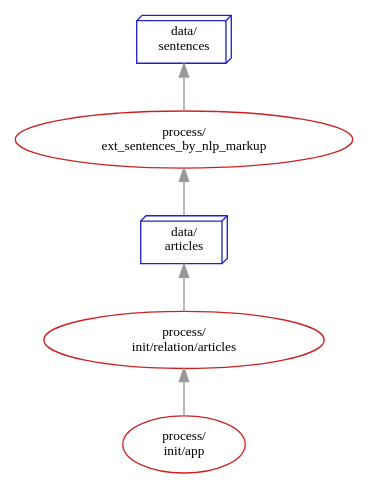
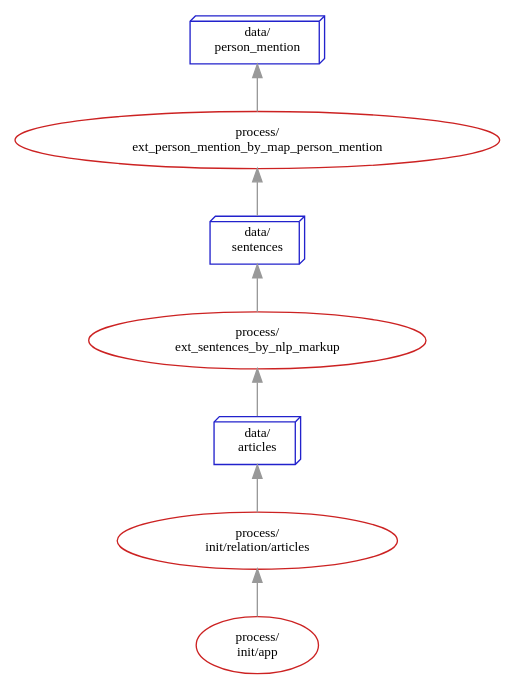
One commit to USCDataScience/PlanetaryIR changed the diagram in app/planetaryIR/run/dataflow.dot. Above: the diagram before and after it, drawn with Graphviz. The commit also changed 226 other files, not shown here.

```diff
--- a/app/planetaryIR/run/dataflow.dot
+++ b/app/planetaryIR/run/dataflow.dot
@@ -1,57 +1,77 @@
 
 digraph "planetaryIR data flow" {
     graph[rankdir=BT  # bottom-to-top drawing (or RL/right-to-left may also make sense)
     ];
     node [shape=box
          ,style=dotted
          ,fontsize=10
          ,fontname="Ubuntu Mono,Envy Code R,Oxygen Mono,Consolas,Menlo,Monaco,Andale Mono"
     ];
     edge [color="#999999"];
 
 
 "process/
 init/app" [shape=ellipse  color="#cc2222" style=solid];
 
 "process/
 init/relation/articles" [shape=ellipse  color="#cc2222" style=solid];
 
 "process/
 init/app" -> "process/
 init/relation/articles" [
 label=""
 
 ];
 
 "process/
+ext_person_mention_by_map_person_mention" [shape=ellipse  color="#cc2222" style=solid];
+
+"data/
+sentences" -> "process/
+ext_person_mention_by_map_person_mention" [
+label=""
+
+];
+
+"process/
 ext_sentences_by_nlp_markup" [shape=ellipse  color="#cc2222" style=solid];
 
 "data/
 articles" -> "process/
 ext_sentences_by_nlp_markup" [
 label=""
 
 ];
 
 "data/
 articles" [shape=box3d    color="#2222cc" style=solid];
 
 "process/
 init/relation/articles" -> "data/
 articles" [
 label=""
 
 ];
 
 "data/
+person_mention" [shape=box3d    color="#2222cc" style=solid];
+
+"process/
+ext_person_mention_by_map_person_mention" -> "data/
+person_mention" [
+label=""
+
+];
+
+"data/
 sentences" [shape=box3d    color="#2222cc" style=solid];
 
 "process/
 ext_sentences_by_nlp_markup" -> "data/
 sentences" [
 label=""
 
 ];
 
 
 }
```
